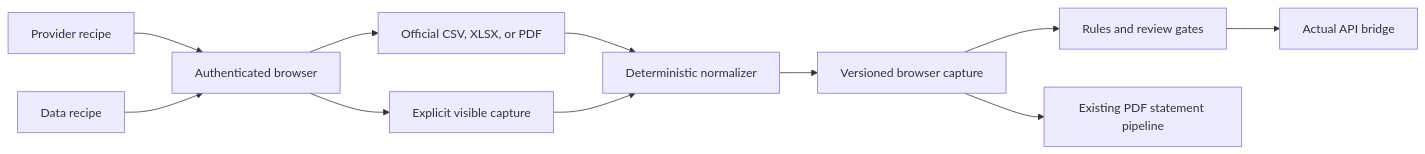
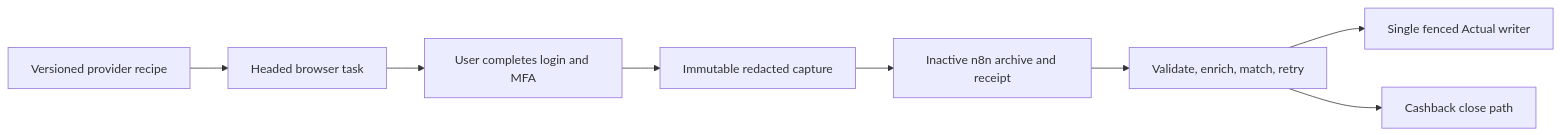
One commit to srobroek/finance-statement-tracker changed the diagram in docs/browser-ingestion.md. Above: the diagram before and after it, drawn with Mermaid. The commit also changed other lines of this file and 452 other files, not shown here.

````diff
--- a/docs/browser-ingestion.md
+++ b/docs/browser-ingestion.md
@@ -7,13 +7,10 @@
 ```mermaid
 flowchart LR
-    R[Provider recipe] --> B[Authenticated browser]
-    D[Data recipe] --> B
-    B --> A[Official CSV, XLSX, or PDF]
-    B --> V[Explicit visible capture]
-    A --> N[Deterministic normalizer]
-    V --> N
-    N --> S[Versioned browser capture]
-    S --> G[Rules and review gates]
-    G --> X[Actual API bridge]
-    S --> P[Existing PDF statement pipeline]
+    R["Versioned provider recipe"] --> B["Headed browser task"]
+    B --> U["User completes login and MFA"]
+    U --> C["Immutable redacted capture"]
+    C --> N["Inactive n8n archive and receipt"]
+    N --> A["Validate, enrich, match, retry"]
+    A --> W["Single fenced Actual writer"]
+    A --> K["Cashback close path"]
 ```
````
